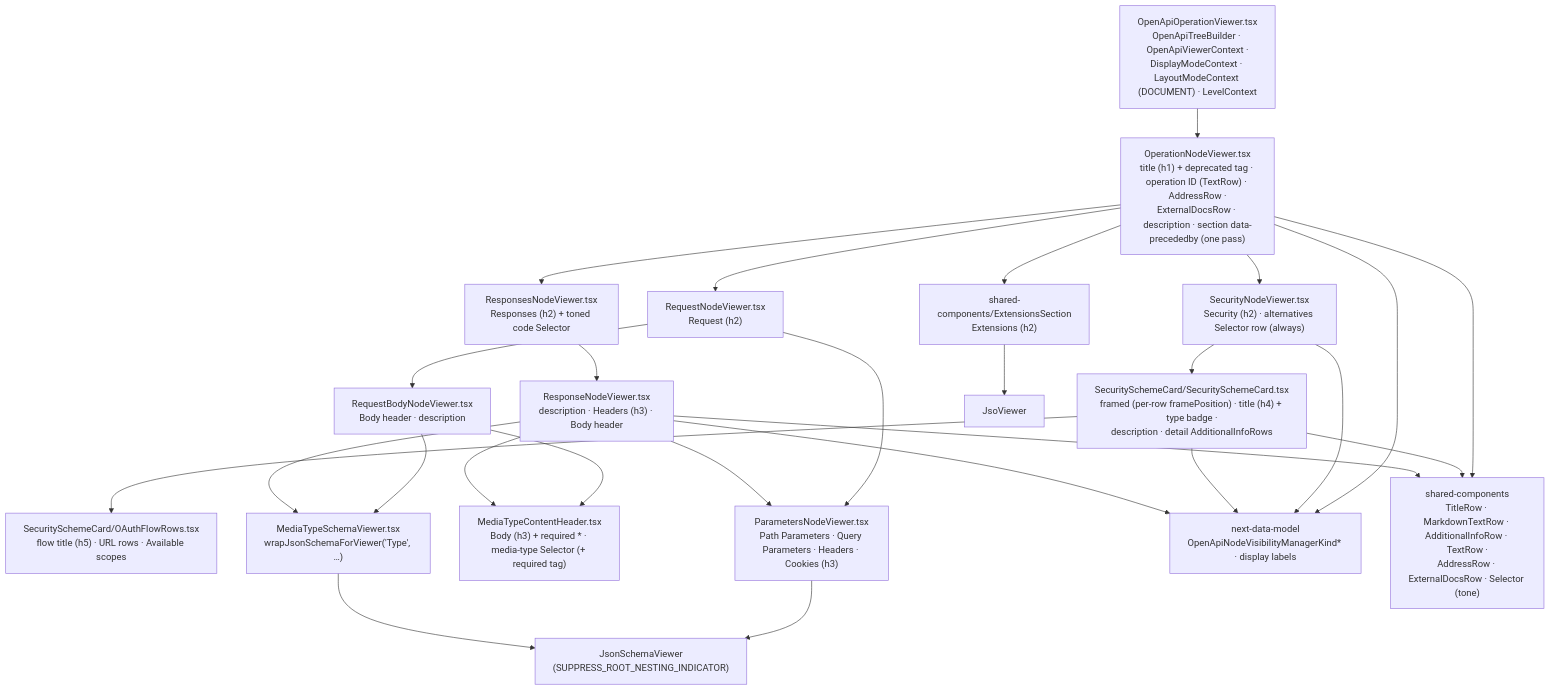
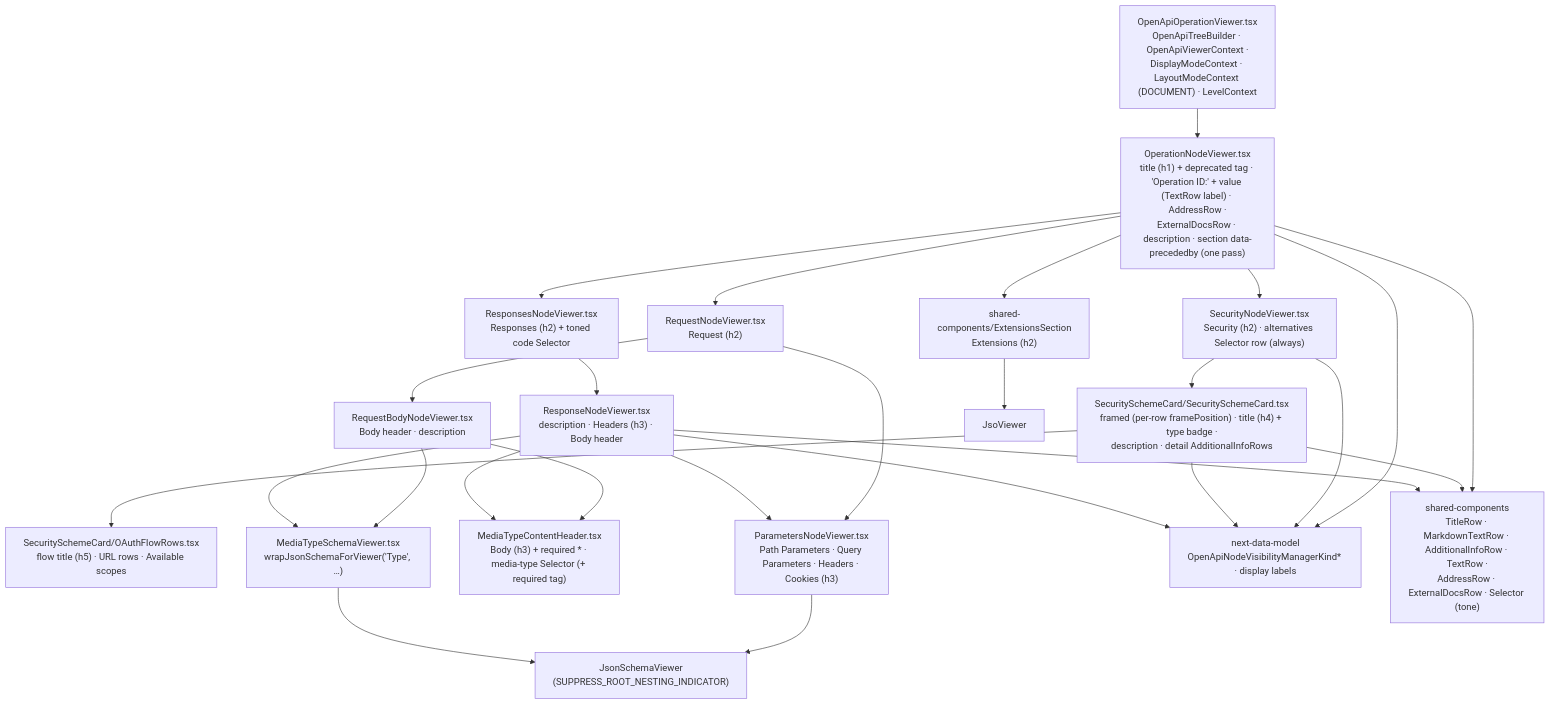
One commit to Netcracker/qubership-apihub-api-doc-viewer changed the diagram in docs/design/openapi/architecture/viewer-plain.md. Above: the diagram before and after it, drawn with Mermaid. The commit also changed 3 other files, not shown here.

Commit message:
docs: Fix operation ID row (add label)

````diff
--- a/docs/design/openapi/architecture/viewer-plain.md
+++ b/docs/design/openapi/architecture/viewer-plain.md
@@ -8,46 +8,46 @@
 ```mermaid
 flowchart TB
   Root["OpenApiOperationViewer.tsx<br/>OpenApiTreeBuilder · OpenApiViewerContext ·<br/>DisplayModeContext · LayoutModeContext (DOCUMENT) · LevelContext"]
-  Operation["OperationNodeViewer.tsx<br/>title (h1) + deprecated tag · operation ID (TextRow) · AddressRow ·<br/>ExternalDocsRow · description · section data-precededby (one pass)"]
+  Operation["OperationNodeViewer.tsx<br/>title (h1) + deprecated tag · 'Operation ID:' + value (TextRow label) · AddressRow ·<br/>ExternalDocsRow · description · section data-precededby (one pass)"]
   Security["SecurityNodeViewer.tsx<br/>Security (h2) · alternatives Selector row (always)"]
   Card["SecuritySchemeCard/SecuritySchemeCard.tsx<br/>framed (per-row framePosition) · title (h4) + type badge ·<br/>description · detail AdditionalInfoRows"]
   Flow["SecuritySchemeCard/OAuthFlowRows.tsx<br/>flow title (h5) · URL rows · Available scopes"]
   Extensions["shared-components/ExtensionsSection<br/>Extensions (h2)"]
   Request["RequestNodeViewer.tsx<br/>Request (h2)"]
   Params["ParametersNodeViewer.tsx<br/>Path Parameters · Query Parameters · Headers · Cookies (h3)"]
   Body["RequestBodyNodeViewer.tsx<br/>Body header · description"]
   BodyHeader["MediaTypeContentHeader.tsx<br/>Body (h3) + required * · media-type Selector (+ required tag)"]
   Responses["ResponsesNodeViewer.tsx<br/>Responses (h2) + toned code Selector"]
   Response["ResponseNodeViewer.tsx<br/>description · Headers (h3) · Body header"]
   MediaSchema["MediaTypeSchemaViewer.tsx<br/>wrapJsonSchemaForViewer('Type', …)"]
   Visibility["next-data-model<br/>OpenApiNodeVisibilityManagerKind* · display labels"]
   JsonSchema["JsonSchemaViewer<br/>(SUPPRESS_ROOT_NESTING_INDICATOR)"]
   Jso["JsoViewer"]
   SharedRows["shared-components<br/>TitleRow · MarkdownTextRow · AdditionalInfoRow · TextRow ·<br/>AddressRow · ExternalDocsRow · Selector (tone)"]
 
   Root --> Operation
   Operation --> Security
   Operation --> Extensions
   Operation --> Request
   Operation --> Responses
   Security --> Card
   Card --> Flow
   Request --> Params
   Request --> Body
   Body --> BodyHeader
   Body --> MediaSchema
   Responses --> Response
   Response --> Params
   Response --> BodyHeader
   Response --> MediaSchema
   Params --> JsonSchema
   MediaSchema --> JsonSchema
   Extensions --> Jso
   Operation --> Visibility
   Security --> Visibility
   Card --> Visibility
   Response --> Visibility
   Operation --> SharedRows
   Card --> SharedRows
   Response --> SharedRows
 ```
````
